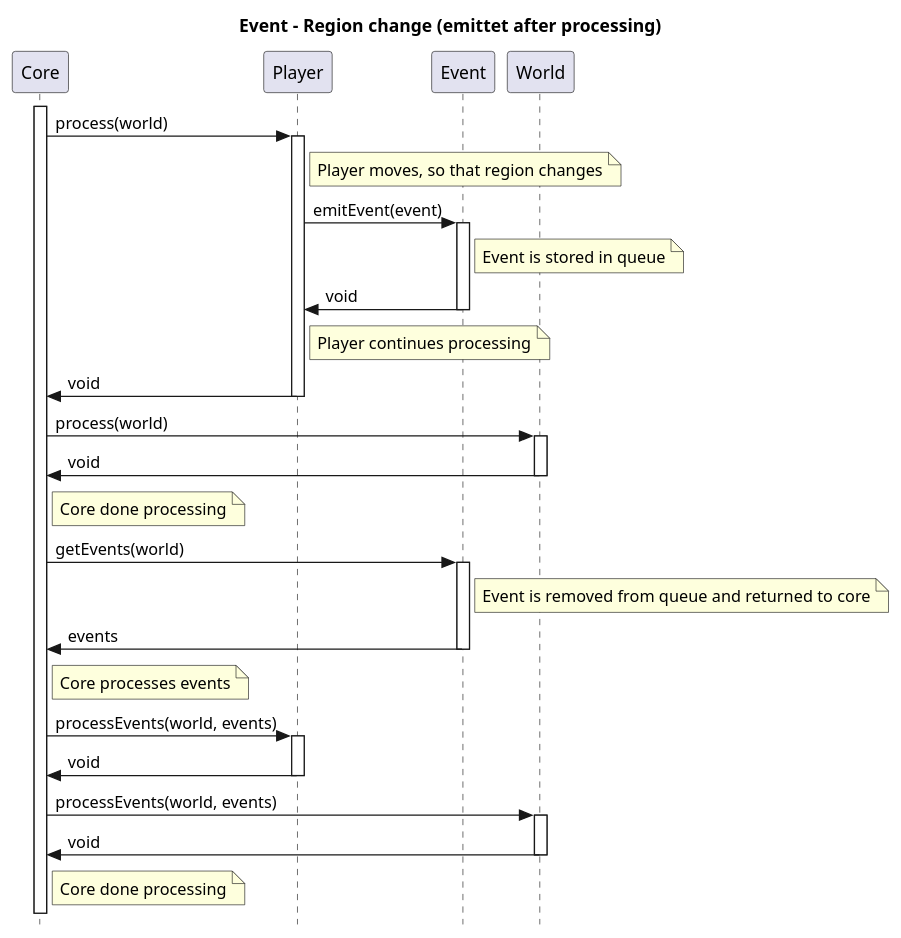
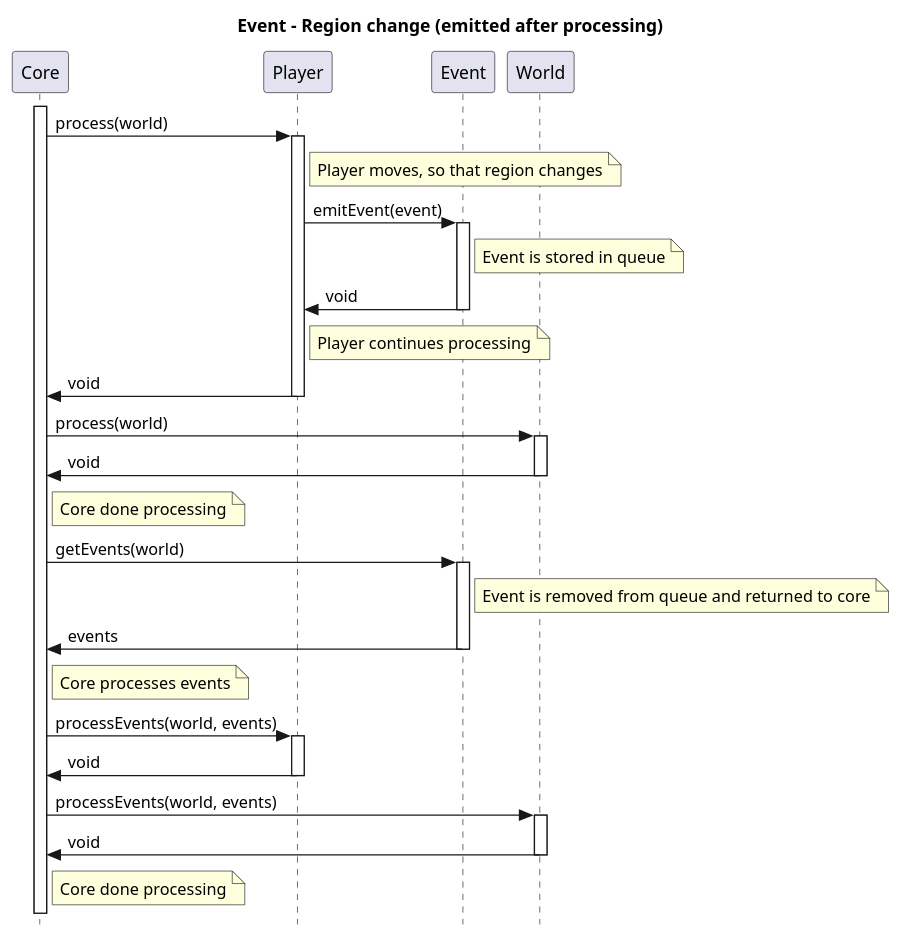
One commit to sesem4/Nelda changed the diagram in docs/diagrams/SequenceDiagrams/EventRegionChangeAfterProcess.puml. Above: the diagram before and after it, drawn with PlantUML. The commit also changed 2 other files, not shown here.

```diff
--- a/docs/diagrams/SequenceDiagrams/EventRegionChangeAfterProcess.puml
+++ b/docs/diagrams/SequenceDiagrams/EventRegionChangeAfterProcess.puml
@@ -1,63 +1,63 @@
 @startuml Event After Process
 skinparam style strictuml
-title Event - Region change (emittet after processing)
+title Event - Region change (emitted after processing)
 
 activate Core
 
 Core -> Player: process(world)
 
 activate Player
 note right of Player
 	Player moves, so that region changes
 end note
 Player -> Event: emitEvent(event)
 activate Event
 note right of Event
 	Event is stored in queue
 end note
 Event -> Player: void
 deactivate Event
 
 note right of Player
 	Player continues processing
 end note
 
 Player -> Core: void
 deactivate Player
 
 Core -> World: process(world)
 activate World
 World -> Core: void
 deactivate World
 
 note right of Core
 	Core done processing
 end note
 
 Core -> Event: getEvents(world)
 activate Event
 note right of Event
 	Event is removed from queue and returned to core
 end note
 Event -> Core: events
 deactivate Event
 
 note right of Core
 	Core processes events
 end note
 
 Core -> Player: processEvents(world, events)
 activate Player
 Player -> Core: void
 deactivate Player
 
 Core -> World: processEvents(world, events)
 activate World
 World -> Core: void
 deactivate World
 
 note right of Core
 	Core done processing
 end note
 
 @enduml
```
